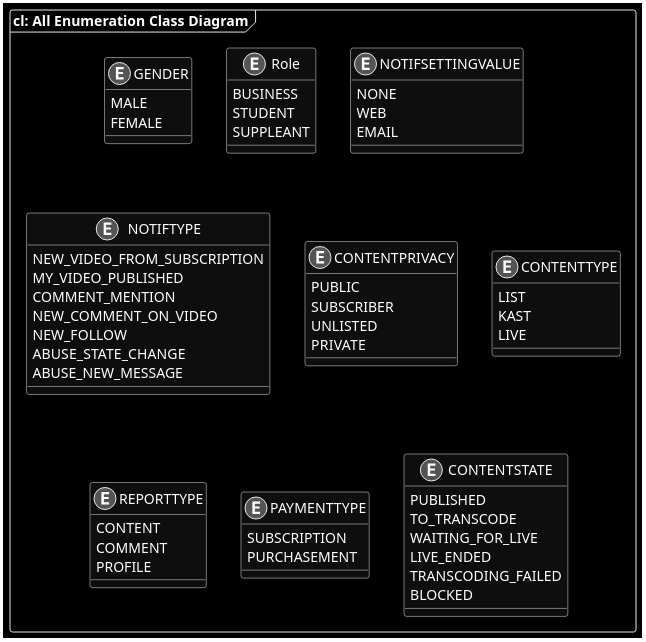
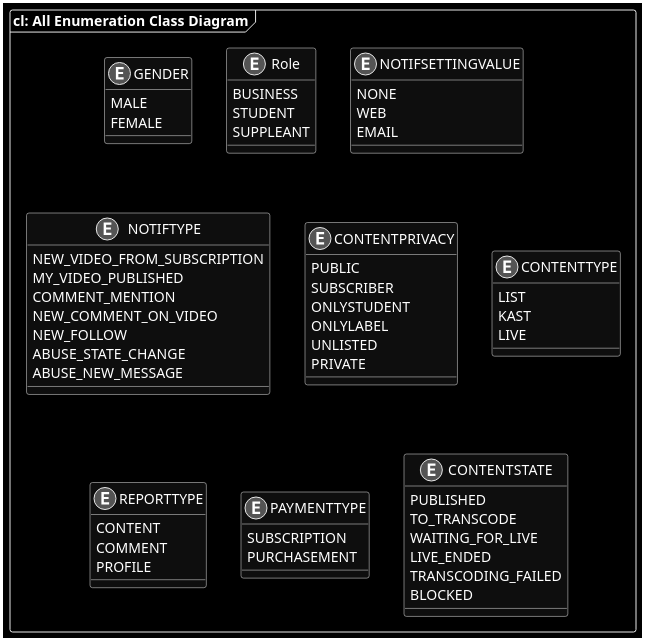
Before and after one commit to SSMM0498/arkad-conception: the diagram in models/5.class/0.enum.puml, drawn with PlantUML. The commit also changed 7 other files, not shown here.

Commit message:
🌟 update use case diagram

```diff
--- a/models/5.class/0.enum.puml
+++ b/models/5.class/0.enum.puml
@@ -1,67 +1,69 @@
 @startuml "System Class Diagram"
 skinparam shadowing false
 skinparam monochrome reverse
 
 frame "cl: All Enumeration Class Diagram" {
     enum GENDER {
         MALE
         FEMALE
     }
 
     enum Role {
         BUSINESS
         STUDENT
         SUPPLEANT
     }
 
     enum NOTIFSETTINGVALUE {
         NONE
         WEB
         EMAIL
     }
 
     enum NOTIFTYPE {
         NEW_VIDEO_FROM_SUBSCRIPTION
         MY_VIDEO_PUBLISHED
         COMMENT_MENTION
         NEW_COMMENT_ON_VIDEO
         NEW_FOLLOW
         ABUSE_STATE_CHANGE
         ABUSE_NEW_MESSAGE
     }
 
     enum CONTENTPRIVACY {
         PUBLIC
         SUBSCRIBER
+        ONLYSTUDENT
+        ONLYLABEL
         UNLISTED
         PRIVATE
     }
 
     enum CONTENTTYPE {
         LIST
         KAST
         LIVE
     }
     
     enum REPORTTYPE {
         CONTENT
         COMMENT
         PROFILE
     }
     
     enum PAYMENTTYPE {
         SUBSCRIPTION
         PURCHASEMENT
     }
 
     enum CONTENTSTATE {
         PUBLISHED
         TO_TRANSCODE
         WAITING_FOR_LIVE
         LIVE_ENDED
         TRANSCODING_FAILED
         BLOCKED
     }
 }
 
 @enduml
```
